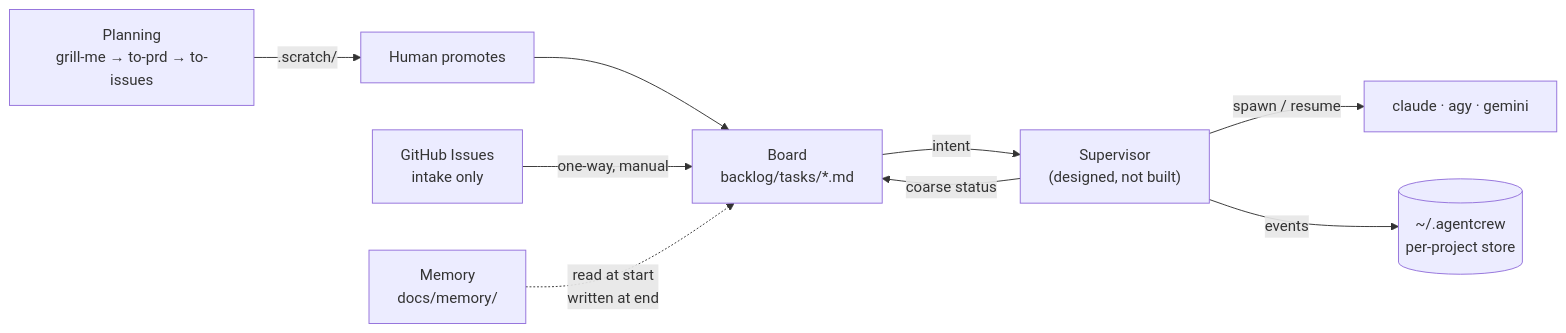
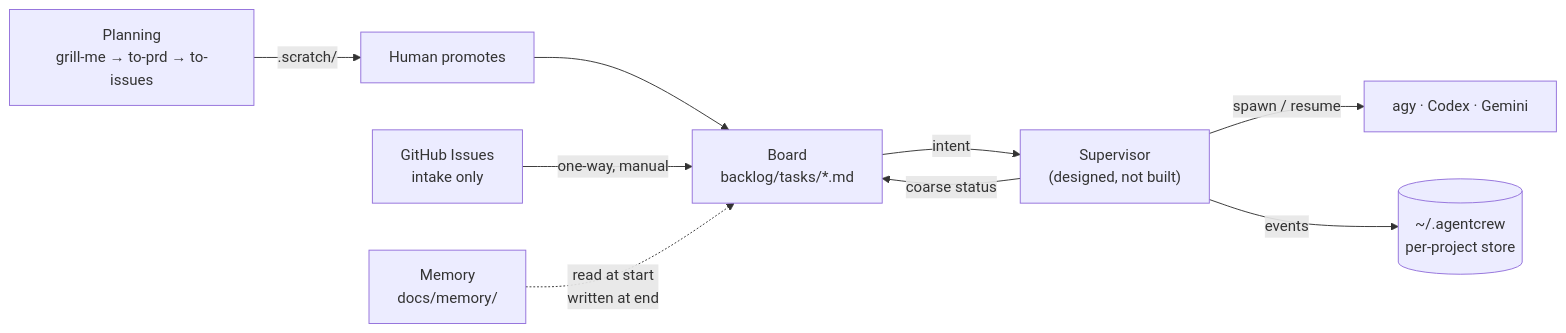
Before and after one commit to inegmdev/agentcrew: the diagram in docs/memory/MEMORY.md, drawn with Mermaid. The commit also changed other lines of this file and 14 other files, not shown here.

````diff
--- a/docs/memory/MEMORY.md
+++ b/docs/memory/MEMORY.md
@@ -18,11 +23,11 @@
 ```mermaid
 flowchart LR
     A["Planning<br/>grill-me → to-prd → to-issues"] -->|".scratch/"| B["Human promotes"]
     B --> C["Board<br/>backlog/tasks/*.md"]
     E["GitHub Issues<br/>intake only"] -->|"one-way, manual"| C
     C -->|"intent"| S["Supervisor<br/>(designed, not built)"]
-    S -->|"spawn / resume"| X["claude · agy · gemini"]
+    S -->|"spawn / resume"| X["agy · Codex · Gemini"]
     S -->|"events"| DB[("~/.agentcrew<br/>per-project store")]
     S -->|"coarse status"| C
     D["Memory<br/>docs/memory/"] -.->|"read at start<br/>written at end"| C
 ```
````
